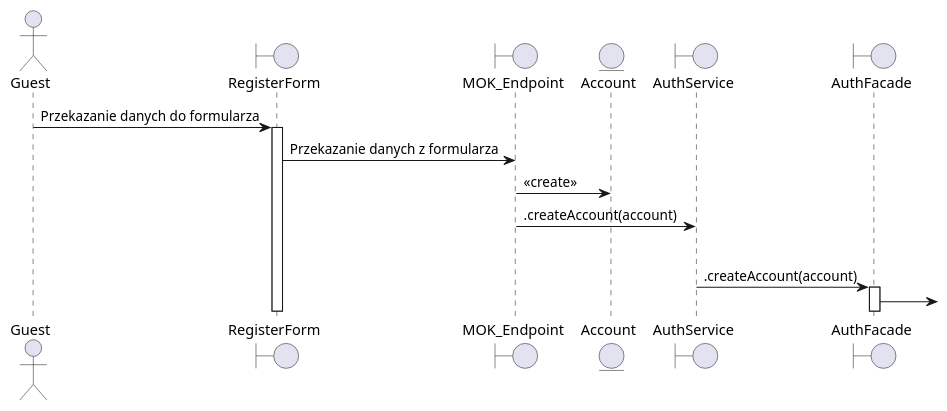
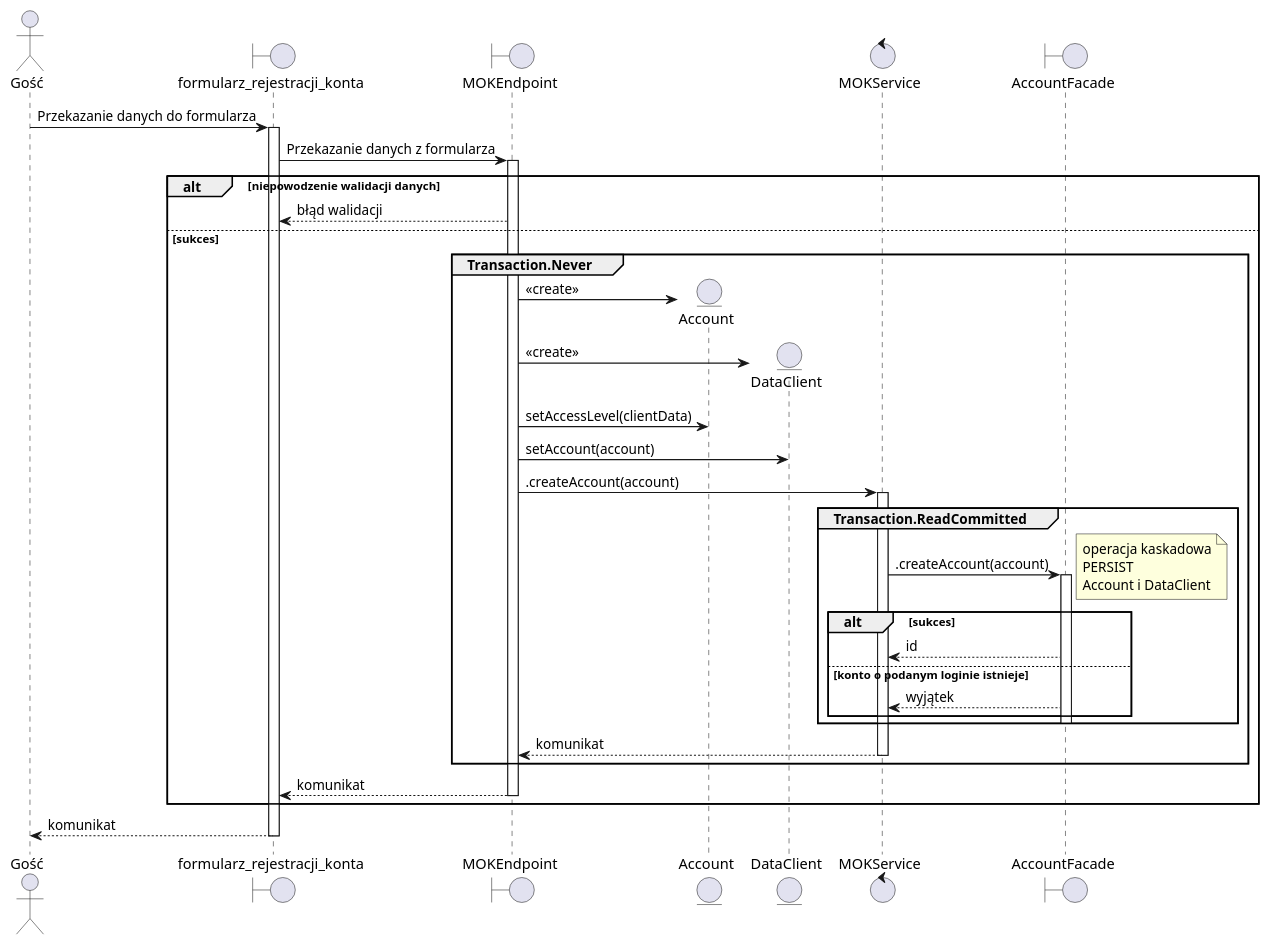
One commit to TheVivent-Politechnika-Lodzka/ssbd03_kic_uml changed the diagram in src/rozdział 7/mok1.puml. Above: the diagram before and after it, drawn with PlantUML. The commit also changed other lines of this file, not shown here.

Commit message:
wygląda solidnie, ale chyba jeszcze dorobię kwestię mailingową

```diff
--- a/src/rozdział 7/mok1.puml
+++ b/src/rozdział 7/mok1.puml
@@ -1,38 +1,53 @@
-@startuml
+@startuml MOK.1
 
-actor Guest as guest
-boundary RegisterForm as gui
-boundary MOK_Endpoint as endpoint
+actor Gość as guest
+boundary formularz_rejestracji_konta as gui
+boundary MOKEndpoint as endpoint
 entity Account as account
-boundary AuthService as service
-boundary AuthFacade as facade
-
+entity DataClient as clientData
+control MOKService as service
+boundary AccountFacade as accFacade
 
 guest -> gui ++ : Przekazanie danych do formularza
-gui -> endpoint : Przekazanie danych z formularza
+gui -> endpoint ++ : Przekazanie danych z formularza
 
-endpoint -> account : <<create>>
-endpoint -> service : .createAccount(account)
+alt niepowodzenie walidacji danych
+    endpoint --> gui : błąd walidacji
+else sukces
+    group Transaction.Never
 
-group Read Committed
-    service -> facade ++ : .createAccount(account)
-    facade -> 
+        endpoint -> account **: <<create>>
+        endpoint -> clientData **: <<create>>
+        endpoint -> account : setAccessLevel(clientData)
+        endpoint -> clientData: setAccount(account)
+        endpoint -> service ++ : .createAccount(account)
 
+        group Transaction.ReadCommitted
+            service -> accFacade ++: .createAccount(account)
+            note right
+                operacja kaskadowa
+                PERSIST
+                Account i DataClient
+            end note
 
-' guest -> gui ++ : disableAccount(id)
-' gui -> endpoint ++ : disableAccount(id)
-' endpoint -> service ++ : disableAccount(id) 
+            alt sukces
+                accFacade --> service : id
+            else konto o podanym loginie istnieje
+                accFacade --> service : wyjątek
+            end
 
-' group Read Committed
-'     service -> facade ++ : disableAccount(id)
-'     facade -> account ** : edit(account)
-' return success
-' end
+            deactivate accFacade
+            
+        end
 
-' return success
-' return HTTP 200 OK
-' gui -> gui : <<render>>
-' return Informacja o zablokowaniu konta
+        return komunikat
+
+    end
+    
+    return komunikat
+end
+
+return komunikat
 
 
 @enduml
```
